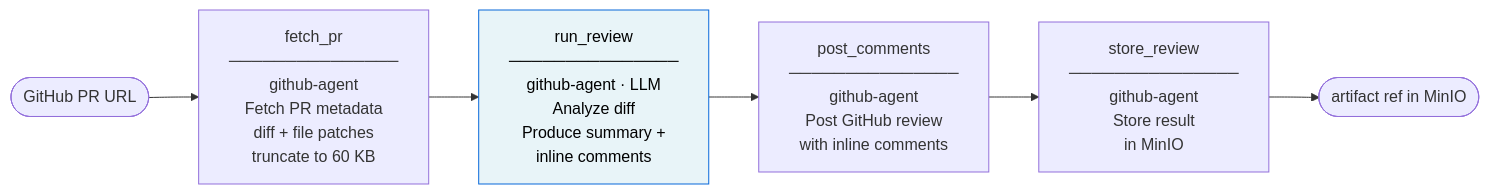
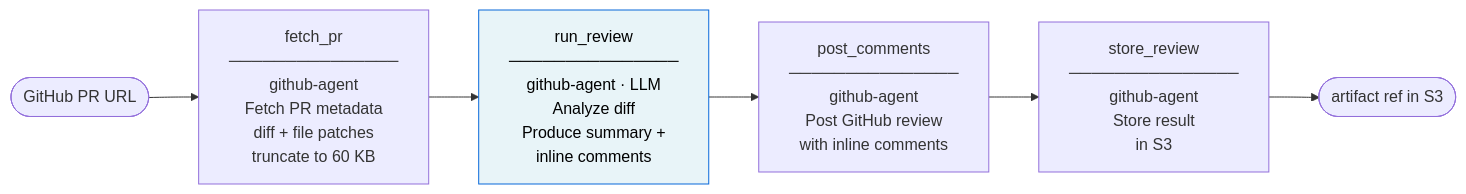
One commit to openshift-splat-team/splat-sdlc-operator changed the third of 8 diagrams in README.md. Above: the diagram before and after it, drawn with Mermaid. The commit also changed other lines of this file and 25 other files, not shown here.

````diff
--- a/README.md
+++ b/README.md
@@ -113,16 +113,16 @@
 ```mermaid
 flowchart LR
     IN([GitHub PR URL]) --> A
 
     A["fetch_pr\n───────────────\ngithub-agent\nFetch PR metadata\ndiff + file patches\ntruncate to 60 KB"]
 
     A --> B["run_review\n───────────────\ngithub-agent · LLM\nAnalyze diff\nProduce summary +\ninline comments"]
 
     B --> C["post_comments\n───────────────\ngithub-agent\nPost GitHub review\nwith inline comments"]
 
-    C --> D["store_review\n───────────────\ngithub-agent\nStore result\nin MinIO"]
+    C --> D["store_review\n───────────────\ngithub-agent\nStore result\nin S3"]
 
-    D --> OUT([artifact ref in MinIO])
+    D --> OUT([artifact ref in S3])
 
     style B fill:#e8f4f8,stroke:#0969da,color:#000
 ```
````
